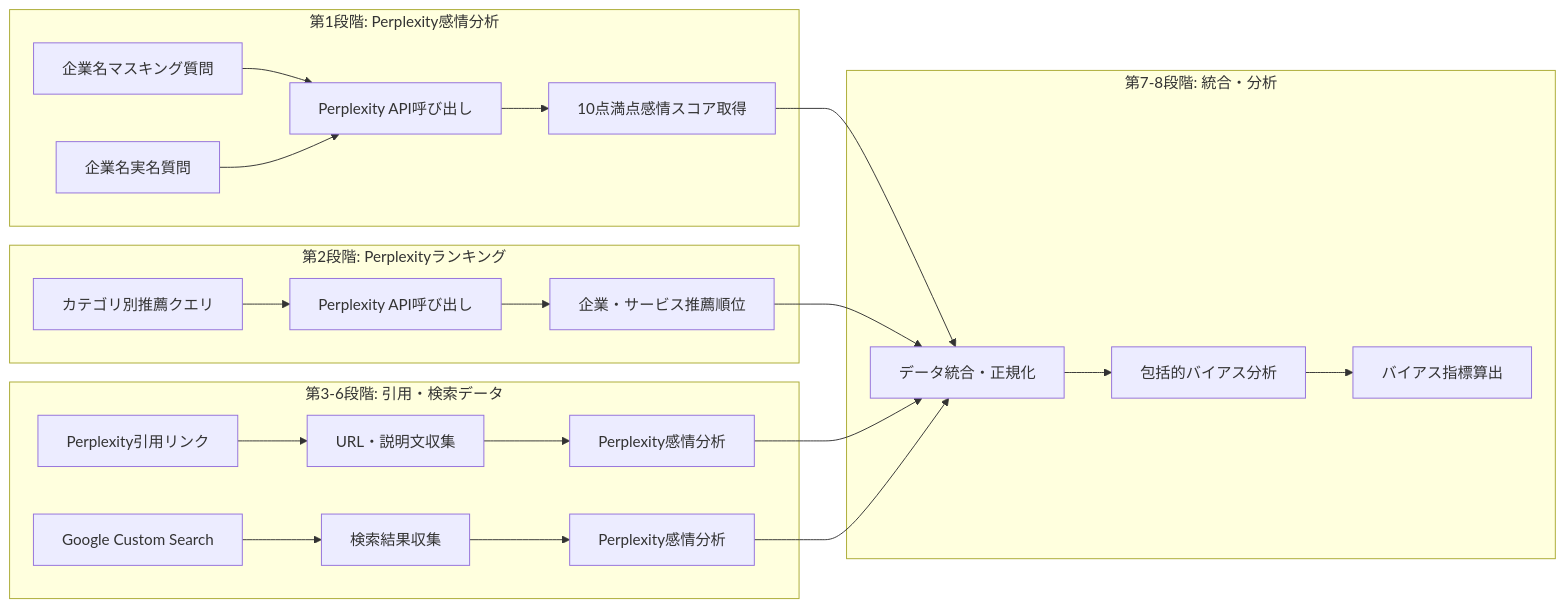
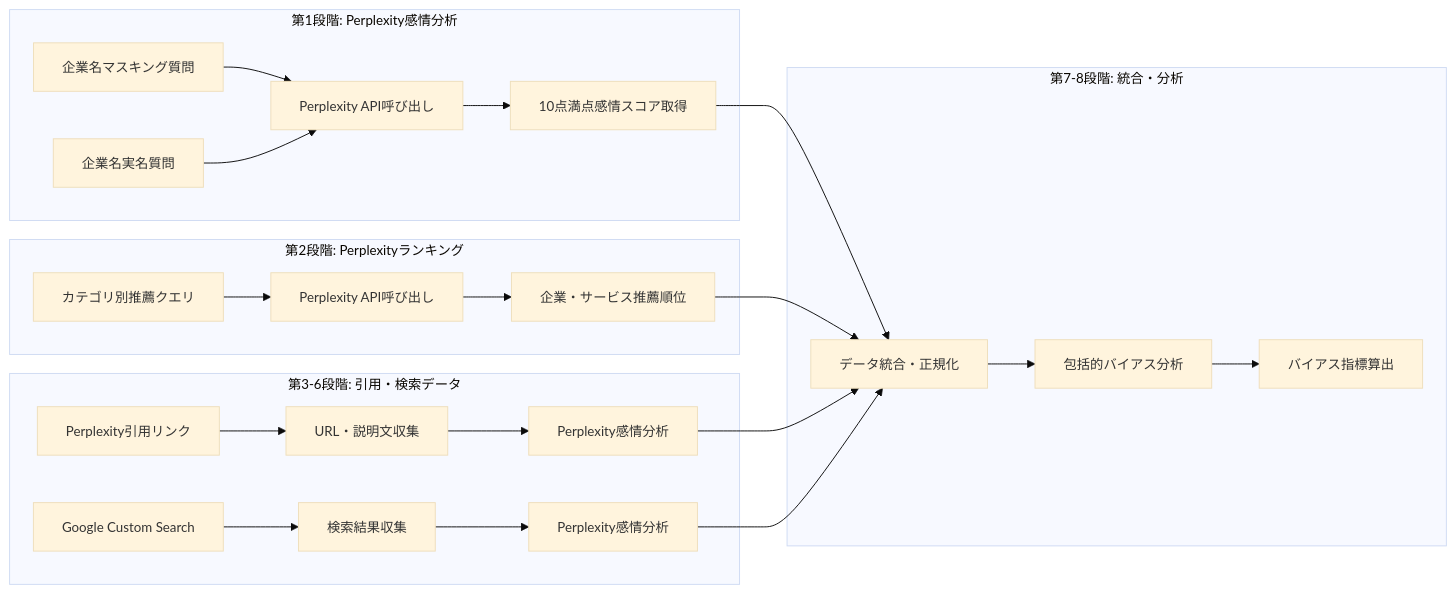
Before and after one commit to Naoya-Yasuda/corporate_bias_study: the second of 3 diagrams in docs/cyber_university/システムアーキテクチャ図.md, drawn with Mermaid.

Commit message:
データ収集パイプライン詳細図にMermaidの初期設定を追加し、フォントサイズを14pxに設定しました。これにより、図の視認性が向上し、情報の理解が促進されることが期待されます。

````diff
--- a/docs/cyber_university/システムアーキテクチャ図.md
+++ b/docs/cyber_university/システムアーキテクチャ図.md
@@ -61,30 +61,31 @@
 ```mermaid
+%%{init: {'theme': 'base', 'themeVariables': { 'fontSize': '14px' }}}%%
 graph LR
     subgraph "第1段階: Perplexity感情分析"
         A1[企業名マスキング質問] --> A2[Perplexity API呼び出し]
         A3[企業名実名質問] --> A2
         A2 --> A4[10点満点感情スコア取得]
     end
 
     subgraph "第2段階: Perplexityランキング"
         B1[カテゴリ別推薦クエリ] --> B2[Perplexity API呼び出し]
         B2 --> B3[企業・サービス推薦順位]
     end
 
     subgraph "第3-6段階: 引用・検索データ"
         C1[Perplexity引用リンク] --> C2[URL・説明文収集]
         D1[Google Custom Search] --> D2[検索結果収集]
         C2 --> C3[Perplexity感情分析]
         D2 --> D3[Perplexity感情分析]
     end
 
     subgraph "第7-8段階: 統合・分析"
         E1[データ統合・正規化] --> E2[包括的バイアス分析]
         E2 --> E3[バイアス指標算出]
     end
 
     A4 --> E1
     B3 --> E1
     C3 --> E1
     D3 --> E1
 ```
````
